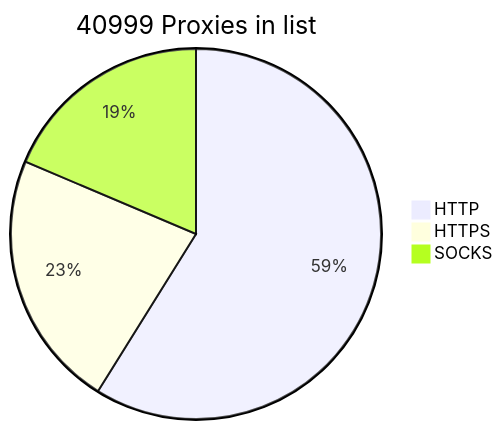
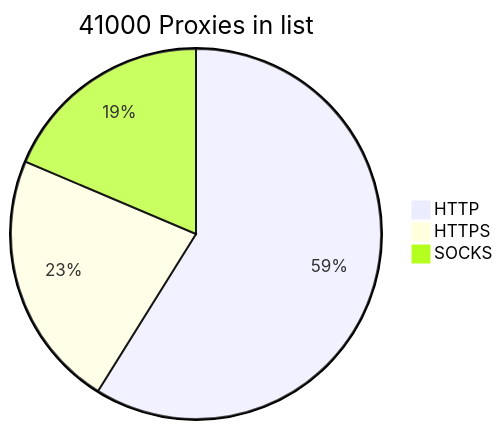
The diagram in README.md (BlackSnowDot/proxylist-update-every-minute), drawn with Mermaid before and after one commit.

````diff
--- a/README.md
+++ b/README.md
@@ -2,6 +2,6 @@
 ```mermaid
-pie title 40999 Proxies in list
-    "HTTP" : 28374
-    "HTTPS": 10849
+pie title 41000 Proxies in list
+    "HTTP" : 28380
+    "HTTPS": 10850
     "SOCKS" : 8973
 ```
````
